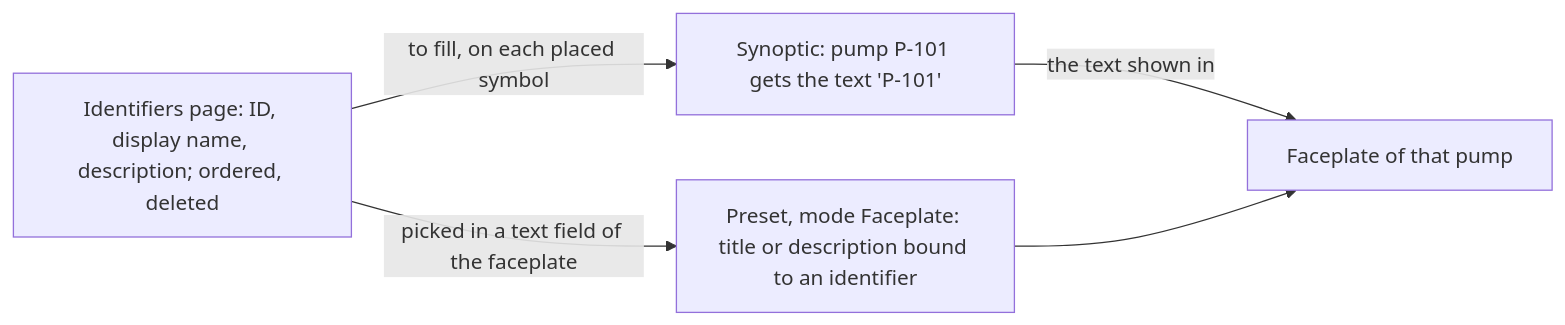
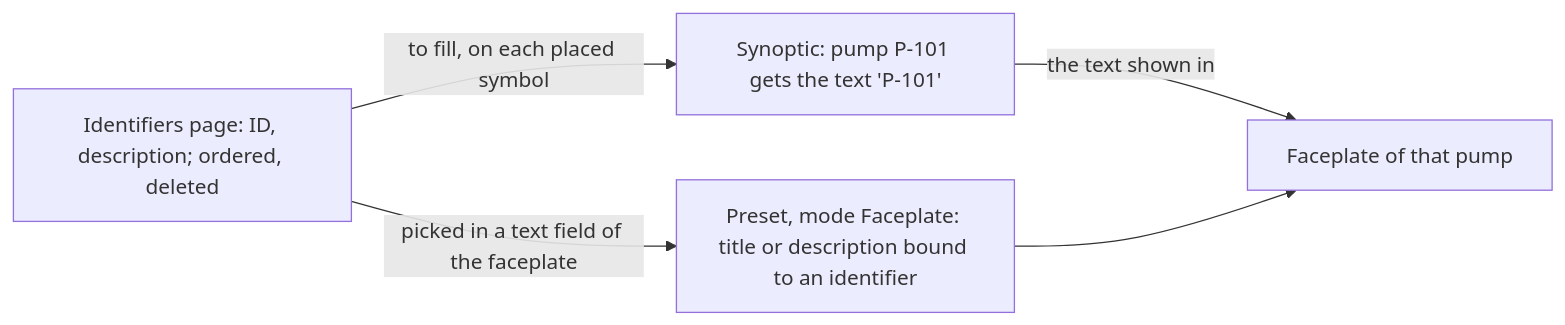
Diagram 45 of 51 in metadata/draft.md (AlexandreGallais/synoptic-studio-spec), drawn with Mermaid before and after one commit. The commit also changed other lines of this file and 5 other files, not shown here.

First line of the commit message:
docs(metadata): remove the display name of an identifier

````diff
--- a/metadata/draft.md
+++ b/metadata/draft.md
@@ -1500,7 +1500,7 @@
 ```mermaid
 flowchart LR
-    P["Identifiers page: ID, display name, description; ordered, deleted"] -->|"picked in a text field of the faceplate"| F["Preset, mode Faceplate: title or description bound to an identifier"]
+    P["Identifiers page: ID, description; ordered, deleted"] -->|"picked in a text field of the faceplate"| F["Preset, mode Faceplate: title or description bound to an identifier"]
     P -->|"to fill, on each placed symbol"| S["Synoptic: pump P-101 gets the text 'P-101'"]
     S -->|"the text shown in"| F2["Faceplate of that pump"]
     F --> F2
 ```
````
